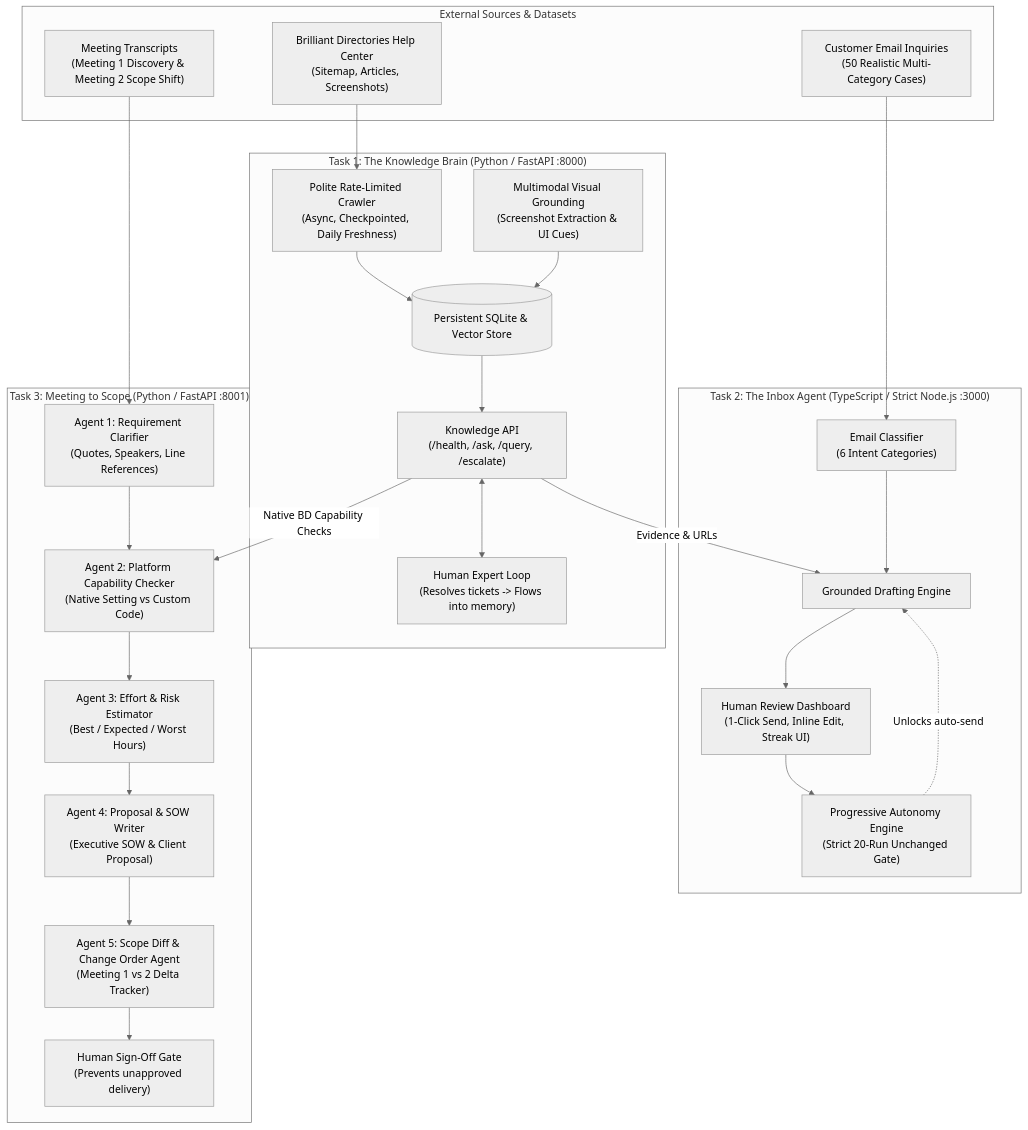
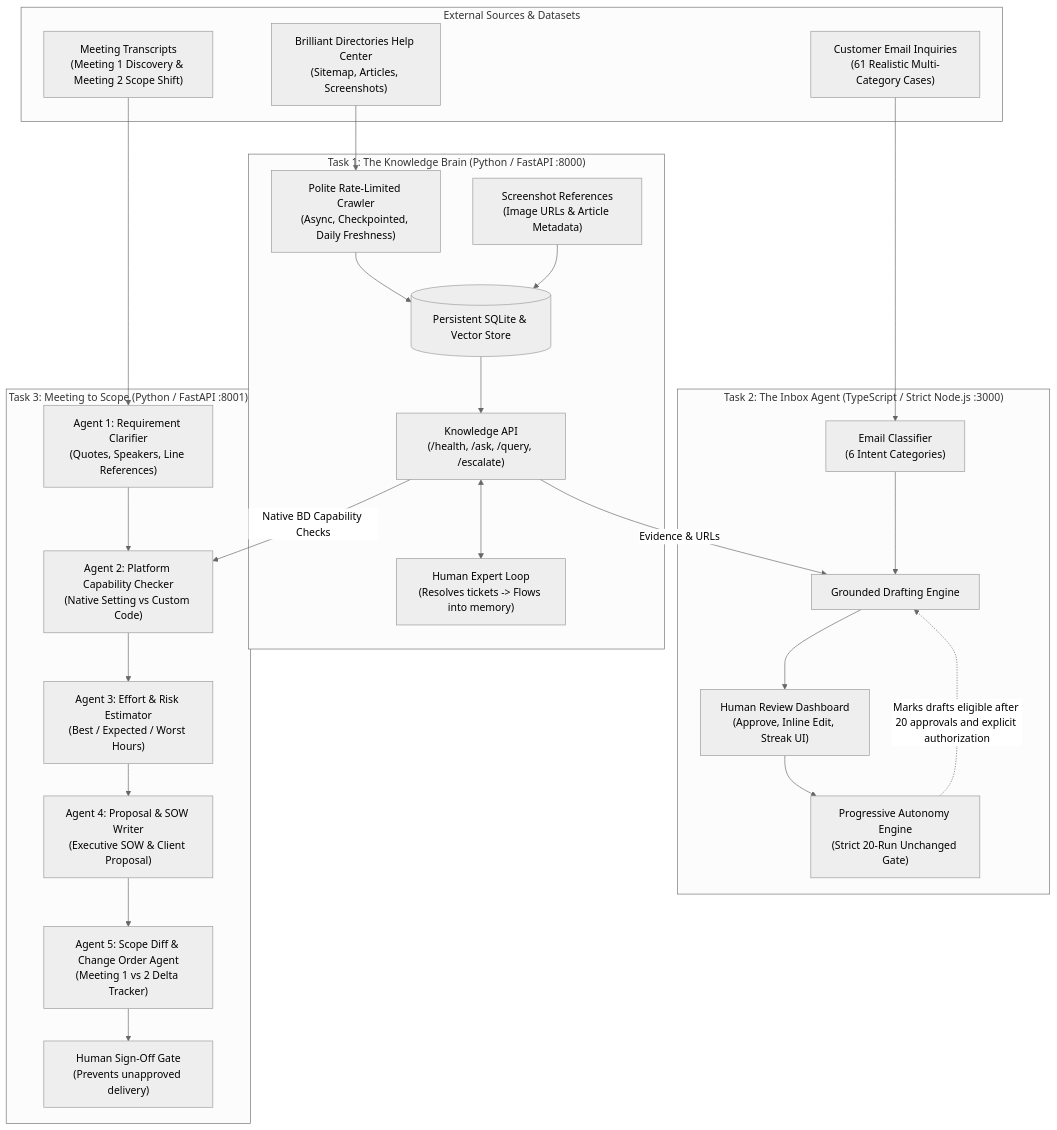
The diagram in DESIGN.md (Sudarshan9741/Ai-tech-consultant-Copy), drawn with Mermaid (neutral theme) before and after one commit. The commit also changed other lines of this file and 29 other files, not shown here.

````diff
--- a/DESIGN.md
+++ b/DESIGN.md
@@ -22,47 +20,47 @@
 ```mermaid
 flowchart TD
     subgraph DataSources["External Sources & Datasets"]
         BDSite["Brilliant Directories Help Center<br/>(Sitemap, Articles, Screenshots)"]
-        Emails["Customer Email Inquiries<br/>(50 Realistic Multi-Category Cases)"]
+        Emails["Customer Email Inquiries<br/>(61 Realistic Multi-Category Cases)"]
         Transcripts["Meeting Transcripts<br/>(Meeting 1 Discovery & Meeting 2 Scope Shift)"]
     end
 
     subgraph Task1["Task 1: The Knowledge Brain (Python / FastAPI :8000)"]
         Crawler["Polite Rate-Limited Crawler<br/>(Async, Checkpointed, Daily Freshness)"]
-        Vision["Multimodal Visual Grounding<br/>(Screenshot Extraction & UI Cues)"]
+        ImageRefs["Screenshot References<br/>(Image URLs & Article Metadata)"]
         DB[(Persistent SQLite & Vector Store)]
         T1API["Knowledge API<br/>(/health, /ask, /query, /escalate)"]
         ExpertLoop["Human Expert Loop<br/>(Resolves tickets -> Flows into memory)"]
 
         BDSite --> Crawler --> DB
-        Vision --> DB
+        ImageRefs --> DB
         DB --> T1API
         T1API <--> ExpertLoop
     end
 
     subgraph Task2["Task 2: The Inbox Agent (TypeScript / Strict Node.js :3000)"]
         Classifier["Email Classifier<br/>(6 Intent Categories)"]
         DraftEngine["Grounded Drafting Engine"]
         AutonomyTracker["Progressive Autonomy Engine<br/>(Strict 20-Run Unchanged Gate)"]
-        ReviewUI["Human Review Dashboard<br/>(1-Click Send, Inline Edit, Streak UI)"]
+        ReviewUI["Human Review Dashboard<br/>(Approve, Inline Edit, Streak UI)"]
 
         Emails --> Classifier --> DraftEngine
         T1API -->|Evidence & URLs| DraftEngine
         DraftEngine --> ReviewUI
         ReviewUI --> AutonomyTracker
-        AutonomyTracker -.->|Unlocks auto-send| DraftEngine
+        AutonomyTracker -.->|Marks drafts eligible after 20 approvals and explicit authorization| DraftEngine
     end
 
     subgraph Task3["Task 3: Meeting to Scope (Python / FastAPI :8001)"]
         Clarifier["Agent 1: Requirement Clarifier<br/>(Quotes, Speakers, Line References)"]
         Checker["Agent 2: Platform Capability Checker<br/>(Native Setting vs Custom Code)"]
         Estimator["Agent 3: Effort & Risk Estimator<br/>(Best / Expected / Worst Hours)"]
         ProposalAgent["Agent 4: Proposal & SOW Writer<br/>(Executive SOW & Client Proposal)"]
         DiffAgent["Agent 5: Scope Diff & Change Order Agent<br/>(Meeting 1 vs 2 Delta Tracker)"]
         HumanGate["Human Sign-Off Gate<br/>(Prevents unapproved delivery)"]
 
         Transcripts --> Clarifier --> Checker
         T1API -->|Native BD Capability Checks| Checker
         Checker --> Estimator --> ProposalAgent --> DiffAgent --> HumanGate
     end
 ```
````
